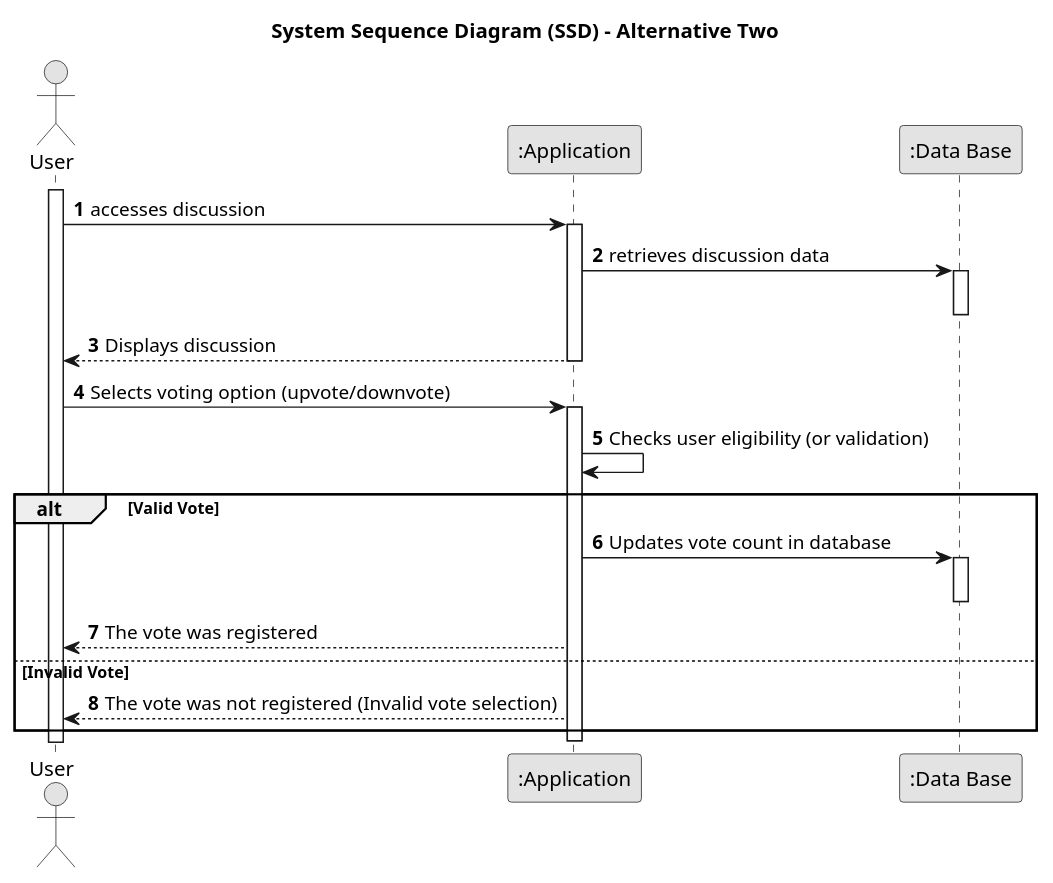
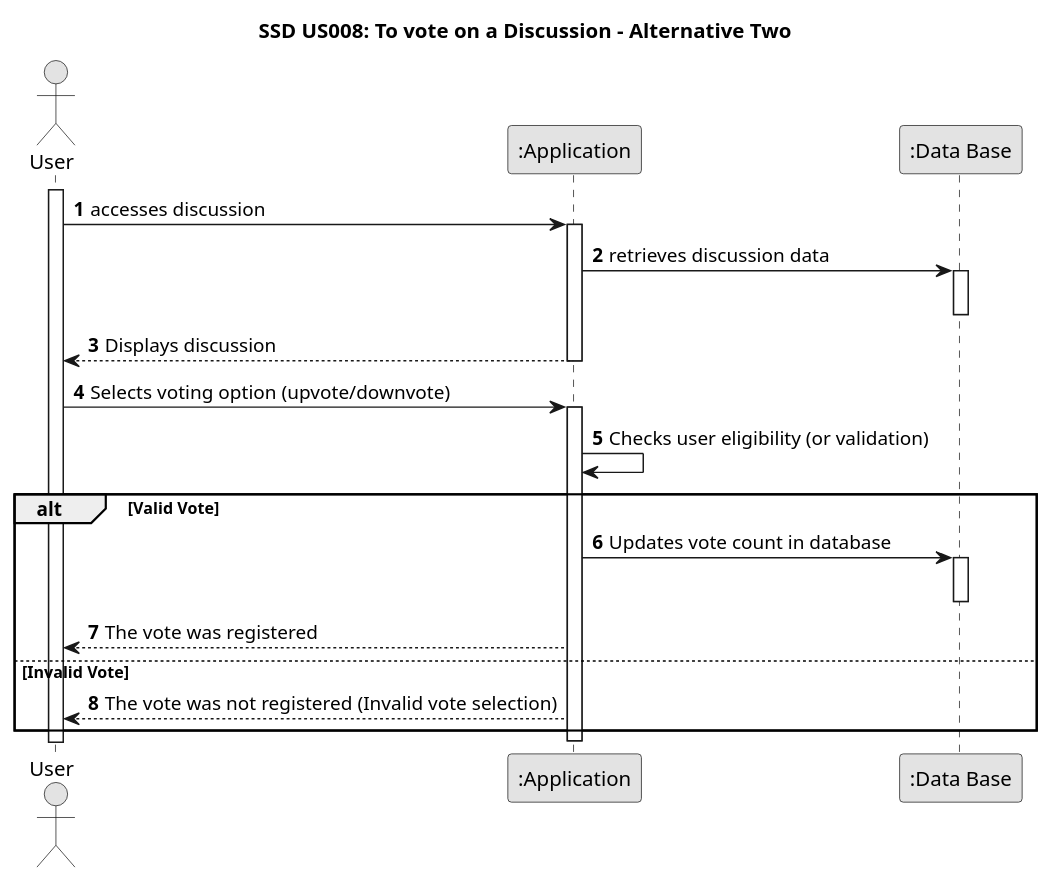
Before and after one commit to TiagoMagalhaes1232507/Testando-projeto: the diagram in docs/sprint01/us008/01.requirements-engineering/puml/us008-system-sequence-diagram-alternative-two.puml, drawn with PlantUML. The commit also changed 8 other files, not shown here.

```diff
--- a/docs/sprint01/us008/01.requirements-engineering/puml/us008-system-sequence-diagram-alternative-two.puml
+++ b/docs/sprint01/us008/01.requirements-engineering/puml/us008-system-sequence-diagram-alternative-two.puml
@@ -1,45 +1,45 @@
 @startuml
 skinparam monochrome true
 skinparam packageStyle rectangle
 skinparam shadowing false
 
-title System Sequence Diagram (SSD) - Alternative Two
+title SSD US008: To vote on a Discussion - Alternative Two
 
 autonumber
 
 actor "User" as User
 participant ":Application" as System
 participant ":Data Base" as Database
 
 activate User
 
 User -> System: accesses discussion
 activate System
 
     System -> Database: retrieves discussion data
 activate Database
 deactivate Database
 
     System --> User: Displays discussion
 deactivate System
 
 User -> System: Selects voting option (upvote/downvote)
 activate System
 
     System -> System: Checks user eligibility (or validation)
 
 Alt Valid Vote
 
     System -> Database: Updates vote count in database
 activate Database
 deactivate Database
 
     System --> User: The vote was registered
 
 Else Invalid Vote
 
     System --> User: The vote was not registered (Invalid vote selection)
 End Alt
 
 deactivate System
 @enduml
```
